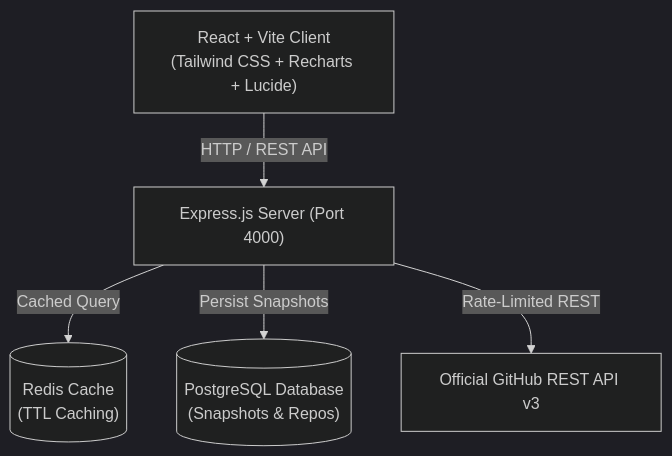
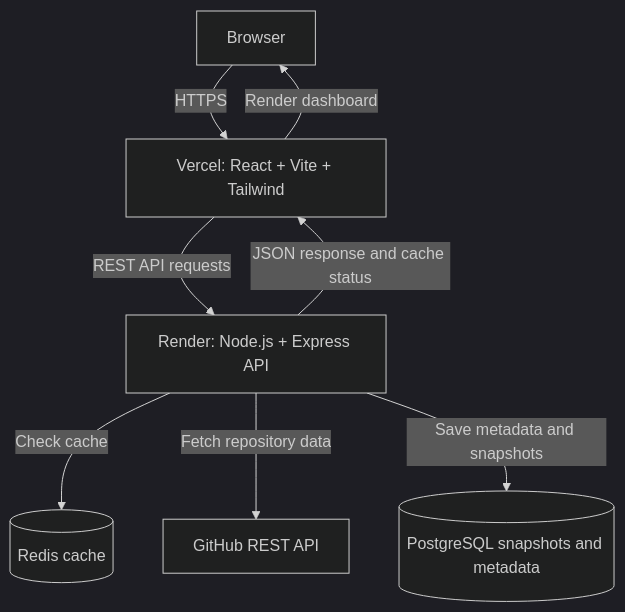
One commit to kartik-suryawanshi/Among-Us changed the diagram in README.md. Above: the diagram before and after it, drawn with Mermaid (dark theme). The commit also changed other lines of this file and 2 other files, not shown here.

Commit message:
feat(client): implement interactive repository intelligence chatbot in bottom corner

````diff
--- a/README.md
+++ b/README.md
@@ -23,13 +71,17 @@
 ```mermaid
 graph TD
-    Client["React + Vite Client<br/>(Tailwind CSS + Recharts + Lucide)"]
-    Server["Express.js Server (Port 4000)"]
-    GitHub["Official GitHub REST API v3"]
-    PostgreSQL[("PostgreSQL Database<br/>(Snapshots & Repos)")]
-    Redis[("Redis Cache<br/>(TTL Caching)")]
+    User["Browser"]
+    Frontend["Vercel: React + Vite + Tailwind"]
+    Backend["Render: Node.js + Express API"]
+    GitHub["GitHub REST API"]
+    Redis[("Redis cache")]
+    Postgres[("PostgreSQL snapshots and metadata")]
 
-    Client -->|"HTTP / REST API"| Server
-    Server -->|"Cached Query"| Redis
-    Server -->|"Persist Snapshots"| PostgreSQL
-    Server -->|"Rate-Limited REST"| GitHub
+    User -->|"HTTPS"| Frontend
+    Frontend -->|"REST API requests"| Backend
+    Backend -->|"Check cache"| Redis
+    Backend -->|"Fetch repository data"| GitHub
+    Backend -->|"Save metadata and snapshots"| Postgres
+    Backend -->|"JSON response and cache status"| Frontend
+    Frontend -->|"Render dashboard"| User
 ```
````
